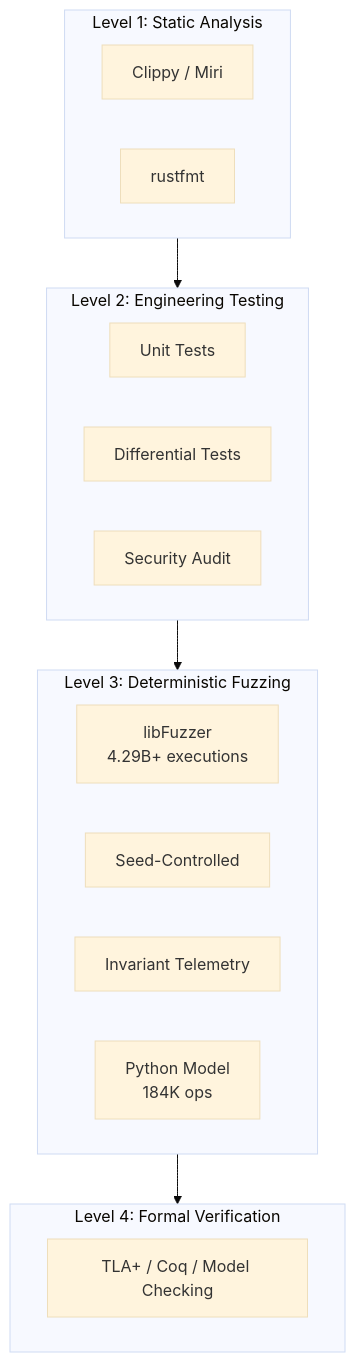
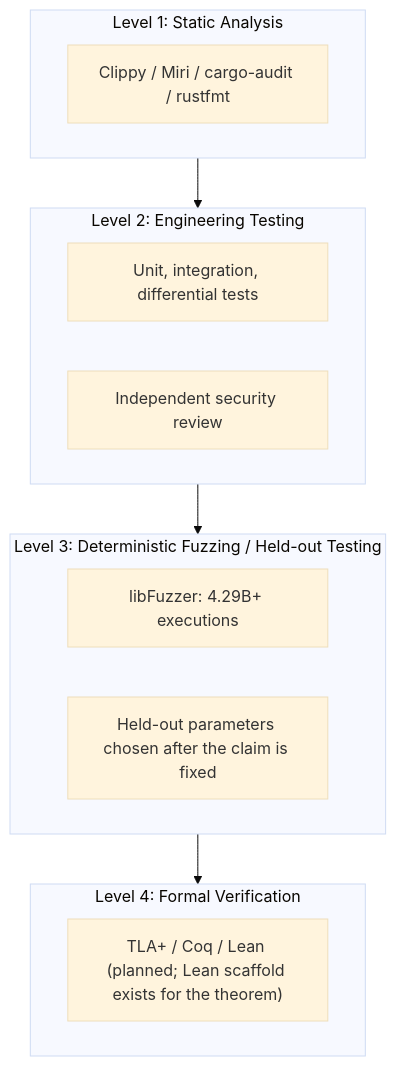
One commit to RFT-SIRM/UltraCore-RFT changed the second of 3 diagrams in PITCH.md. Above: the diagram before and after it, drawn with Mermaid (base theme). The commit also changed other lines of this file, not shown here.

Commit message:
docs(pitch): rewrite around Evgeny's Theorem and live Rift-Network devnet; add claims register

````diff
--- a/PITCH.md
+++ b/PITCH.md
@@ -186,24 +312,18 @@
 ```mermaid
 flowchart TB
- subgraph L4["Level 4: Formal Verification"]
- TLA["TLA+ / Coq / Model Checking"]
- end
- subgraph L3["Level 3: Deterministic Fuzzing"]
- FUZZ["libFuzzer
-4.29B+ executions"]
- SEED["Seed-Controlled"]
- INV["Invariant Telemetry"]
- AAVE["Python Model
-184K ops"]
- end
- subgraph L2["Level 2: Engineering Testing"]
- UNIT["Unit Tests"]
- DIFF["Differential Tests"]
- AUDIT["Security Audit"]
- end
- subgraph L1["Level 1: Static Analysis"]
- CLIP["Clippy / Miri"]
- FMT["rustfmt"]
- end
- L1 --> L2 --> L3 --> L4
+  subgraph L4["Level 4: Formal Verification"]
+    TLA["TLA+ / Coq / Lean (planned; Lean scaffold exists for the theorem)"]
+  end
+  subgraph L3["Level 3: Deterministic Fuzzing / Held-out Testing"]
+    FUZZ["libFuzzer: 4.29B+ executions"]
+    HELD["Held-out parameters chosen after the claim is fixed"]
+  end
+  subgraph L2["Level 2: Engineering Testing"]
+    UNIT["Unit, integration, differential tests"]
+    AUDIT["Independent security review"]
+  end
+  subgraph L1["Level 1: Static Analysis"]
+    CLIP["Clippy / Miri / cargo-audit / rustfmt"]
+  end
+  L1 --> L2 --> L3 --> L4
 ```
````
